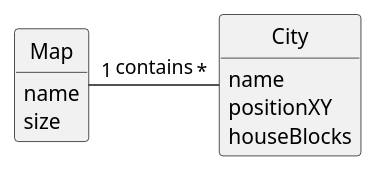
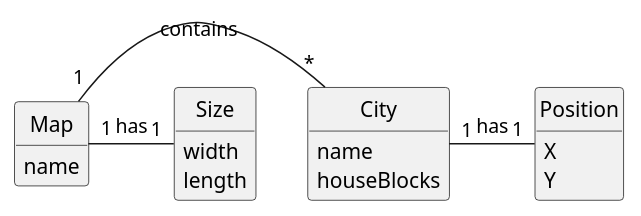
Before and after one commit to 1240826/empire-on-tracks: the diagram in docs/system-documentation/US003/02.analysis/puml/US003-DM.puml, drawn with PlantUML. The commit also changed 15 other files, not shown here.

```diff
--- a/docs/system-documentation/US003/02.analysis/puml/US003-DM.puml
+++ b/docs/system-documentation/US003/02.analysis/puml/US003-DM.puml
@@ -1,27 +1,35 @@
 @startuml
 skinparam monochrome true
 skinparam packageStyle rectangle
 skinparam shadowing false
 
 
 skinparam classAttributeIconSize 0
 
 hide circle
 hide methods
 
 class Map {
     name
-    size
 }
 
 class City {
     name
-    positionXY
     houseBlocks
 }
 
+class Position {
+    X
+    Y
+}
+
+class Size {
+    width
+    length
+}
 
 Map "1" - "*" City : contains
-
+City "1" - "1" Position : has
+Map "1" - "1" Size : has
 
 @enduml
```
